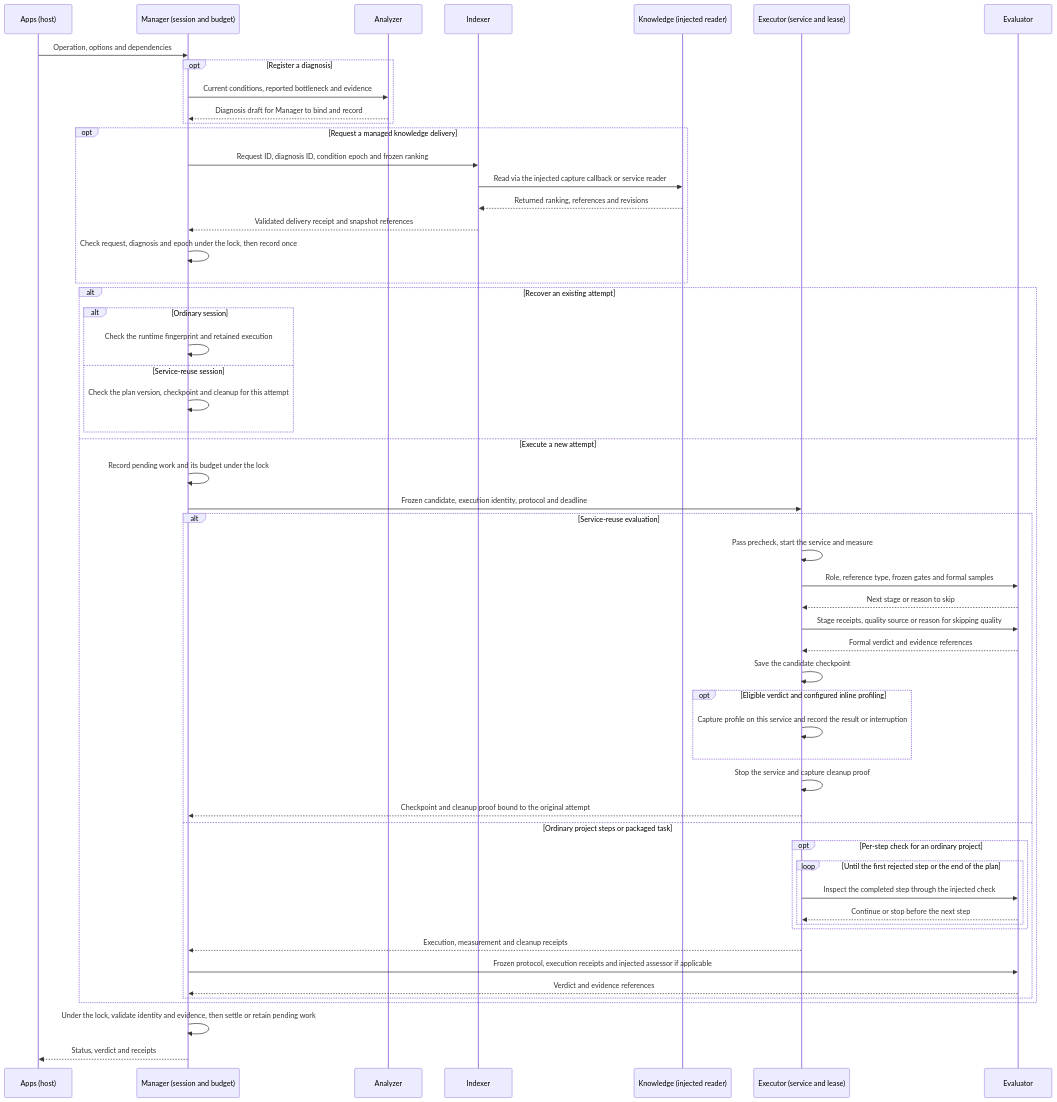
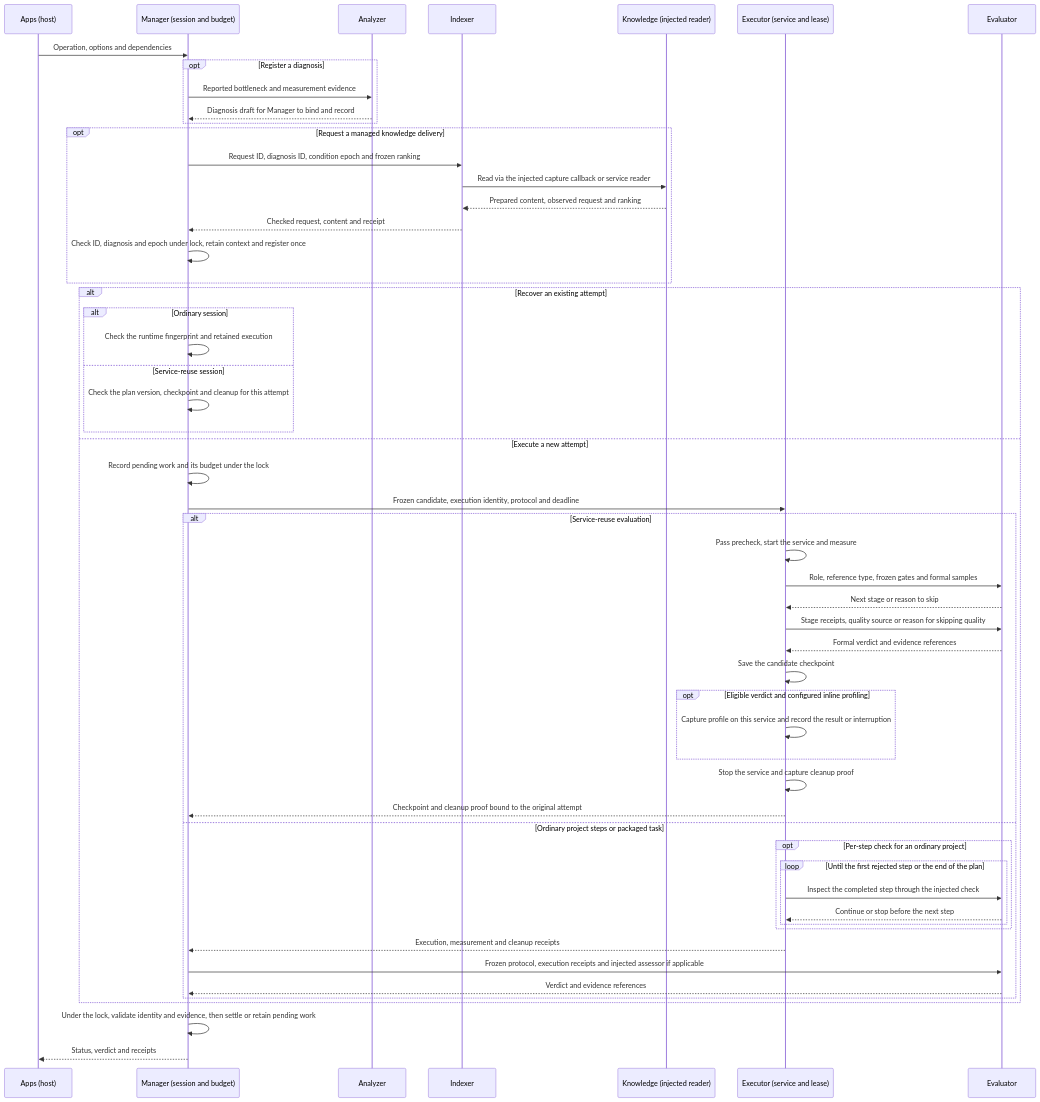
The diagram in src/inferrsi/harness/README.md (InferMatrixLab/InferRSI), drawn with Mermaid before and after one commit. The commit also changed other lines of this file and 9 other files, not shown here.

First line of the commit message:
Separate managed diagnosis and knowledge delivery in Harness (#724)

````diff
--- a/src/inferrsi/harness/README.md
+++ b/src/inferrsi/harness/README.md
@@ -76,57 +78,57 @@
 ```mermaid
 sequenceDiagram
     participant C as Apps (host)
     participant M as Manager (session and budget)
     participant A as Analyzer
     participant I as Indexer
     participant K as Knowledge (injected reader)
     participant X as Executor (service and lease)
     participant V as Evaluator
     C->>M: Operation, options and dependencies
     opt Register a diagnosis
-        M->>A: Current conditions, reported bottleneck and evidence
+        M->>A: Reported bottleneck and measurement evidence
         A-->>M: Diagnosis draft for Manager to bind and record
     end
     opt Request a managed knowledge delivery
         M->>I: Request ID, diagnosis ID, condition epoch and frozen ranking
         I->>K: Read via the injected capture callback or service reader
-        K-->>I: Returned ranking, references and revisions
-        I-->>M: Validated delivery receipt and snapshot references
-        M->>M: Check request, diagnosis and epoch under the lock, then record once
+        K-->>I: Prepared content, observed request and ranking
+        I-->>M: Checked request, content and receipt
+        M->>M: Check ID, diagnosis and epoch under lock, retain context and register once
     end
     alt Recover an existing attempt
         alt Ordinary session
             M->>M: Check the runtime fingerprint and retained execution
         else Service-reuse session
             M->>M: Check the plan version, checkpoint and cleanup for this attempt
         end
     else Execute a new attempt
         M->>M: Record pending work and its budget under the lock
         M->>X: Frozen candidate, execution identity, protocol and deadline
         alt Service-reuse evaluation
             X->>X: Pass precheck, start the service and measure
             X->>V: Role, reference type, frozen gates and formal samples
             V-->>X: Next stage or reason to skip
             X->>V: Stage receipts, quality source or reason for skipping quality
             V-->>X: Formal verdict and evidence references
             X->>X: Save the candidate checkpoint
             opt Eligible verdict and configured inline profiling
                 X->>X: Capture profile on this service and record the result or interruption
             end
             X->>X: Stop the service and capture cleanup proof
             X-->>M: Checkpoint and cleanup proof bound to the original attempt
         else Ordinary project steps or packaged task
             opt Per-step check for an ordinary project
                 loop Until the first rejected step or the end of the plan
                     X->>V: Inspect the completed step through the injected check
                     V-->>X: Continue or stop before the next step
                 end
             end
             X-->>M: Execution, measurement and cleanup receipts
             M->>V: Frozen protocol, execution receipts and injected assessor if applicable
             V-->>M: Verdict and evidence references
         end
     end
     M->>M: Under the lock, validate identity and evidence, then settle or retain pending work
     M-->>C: Status, verdict and receipts
 ```
````
